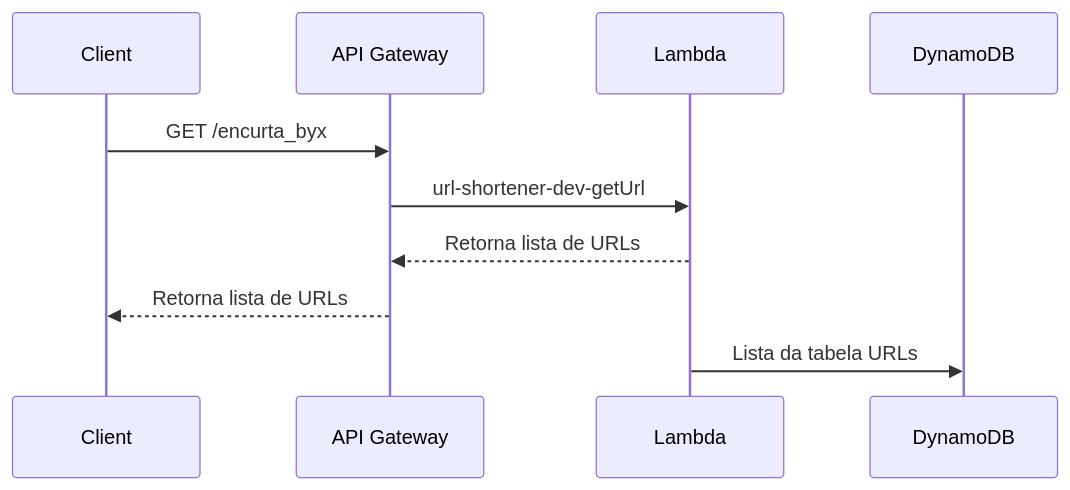
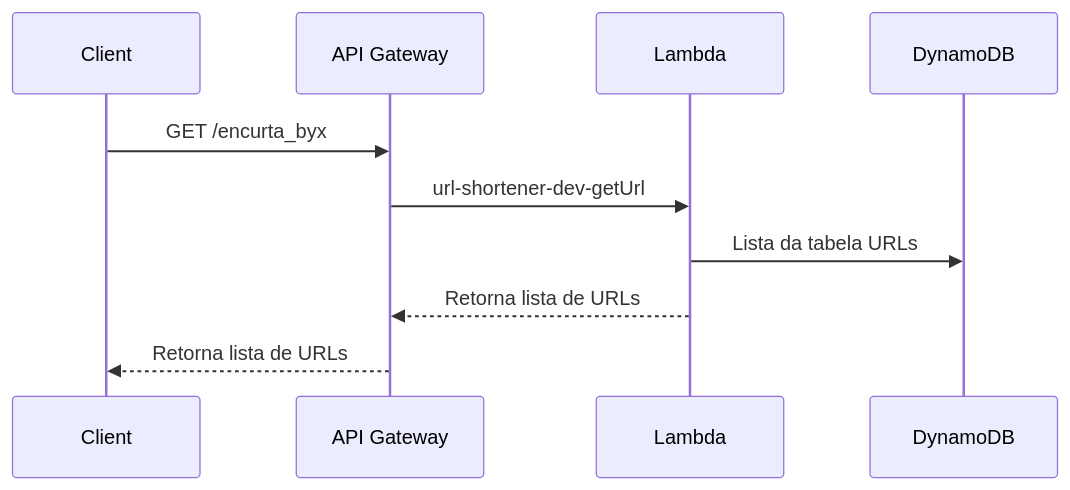
The second of 4 diagrams in README.md (guimathiago/url-shortener), drawn with Mermaid before and after one commit. The commit also changed other lines of this file, not shown here.

````diff
--- a/README.md
+++ b/README.md
@@ -77,13 +78,13 @@
 ```mermaid
     sequenceDiagram
     participant Client
     participant API Gateway
     participant Lambda
     participant DynamoDB
 
     Client->>API Gateway: GET /encurta_byx
     API Gateway->>Lambda: url-shortener-dev-getUrl
+    Lambda->>DynamoDB: Lista da tabela URLs
     Lambda-->>API Gateway: Retorna lista de URLs
     API Gateway-->>Client: Retorna lista de URLs
-    Lambda->>DynamoDB: Lista da tabela URLs
 ```
````
